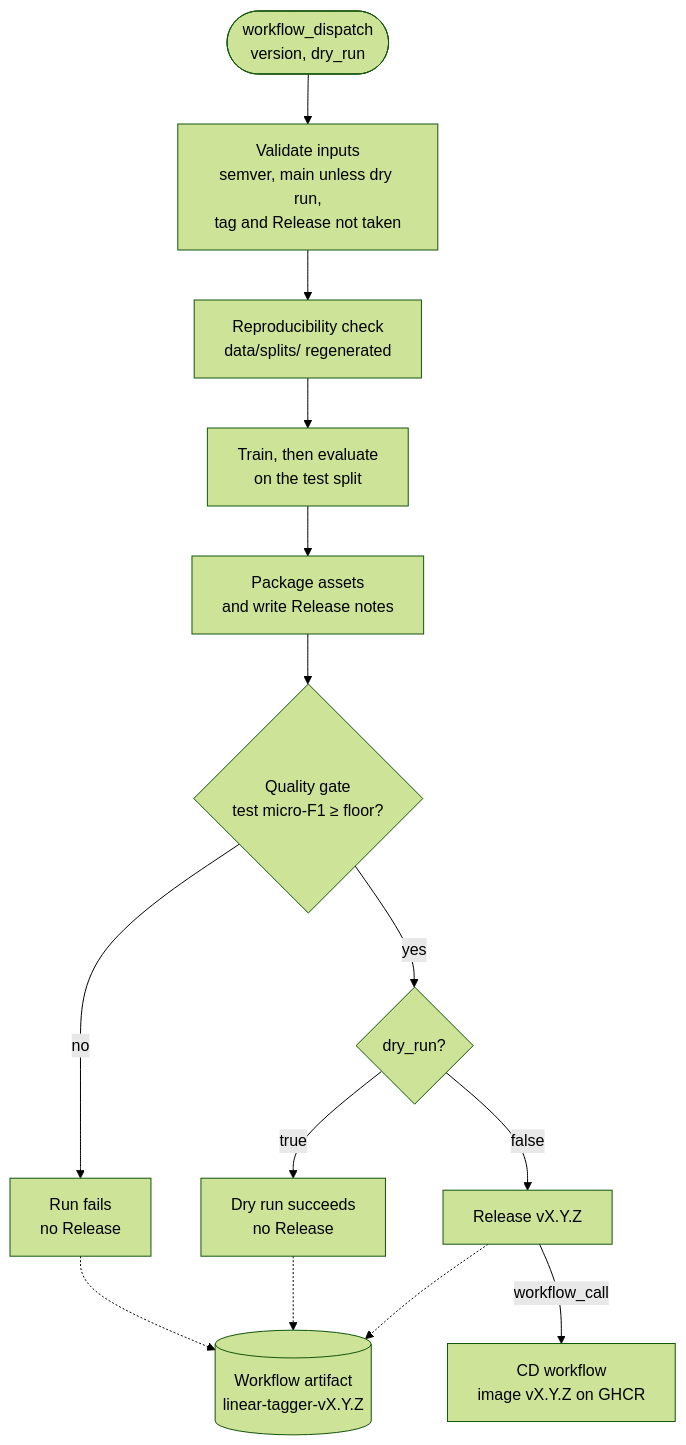
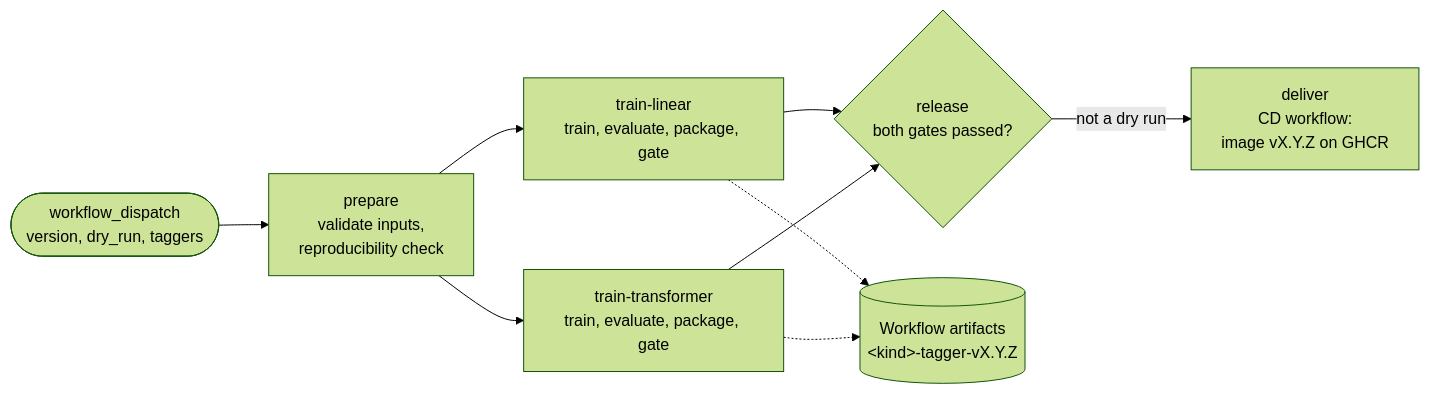
One commit to thomas-hinton/stackoverflow-tag-prediction changed the second of 2 diagrams in README.md. Above: the diagram before and after it, drawn with Mermaid (forest theme). The commit also changed other lines of this file and 5 other files, not shown here.

First line of the commit message:
feat: train, gate and release both Taggers from the CT workflow (#29)

````diff
--- a/README.md
+++ b/README.md
@@ -339,16 +333,11 @@
 ```mermaid
-flowchart TD
-    dispatch(["workflow_dispatch<br/>version, dry_run"]) --> checks["Validate inputs<br/>semver, main unless dry run,<br/>tag and Release not taken"]
-    checks --> repro["Reproducibility check<br/>data/splits/ regenerated"]
-    repro --> trainEval["Train, then evaluate<br/>on the test split"]
-    trainEval --> package["Package assets<br/>and write Release notes"]
-    package --> gate{"Quality gate<br/>test micro-F1 ≥ floor?"}
-    gate -->|"no"| rejected["Run fails<br/>no Release"]
-    gate -->|"yes"| dryRun{"dry_run?"}
-    dryRun -->|"true"| dryEnd["Dry run succeeds<br/>no Release"]
-    dryRun -->|"false"| release["Release vX.Y.Z"]
-    release -->|"workflow_call"| cd["CD workflow<br/>image vX.Y.Z on GHCR"]
-    rejected -.-> artifact[("Workflow artifact<br/>linear-tagger-vX.Y.Z")]
-    dryEnd -.-> artifact
-    release -.-> artifact
+flowchart LR
+    dispatch(["workflow_dispatch<br/>version, dry_run, taggers"]) --> prepare["prepare<br/>validate inputs,<br/>reproducibility check"]
+    prepare --> linear["train-linear<br/>train, evaluate, package, gate"]
+    prepare --> transformer["train-transformer<br/>train, evaluate, package, gate"]
+    linear --> release{"release<br/>both gates passed?"}
+    transformer --> release
+    release -->|"not a dry run"| deliver["deliver<br/>CD workflow:<br/>image vX.Y.Z on GHCR"]
+    linear -.-> artifacts[("Workflow artifacts<br/>&lt;kind&gt;-tagger-vX.Y.Z")]
+    transformer -.-> artifacts
 ```
````
